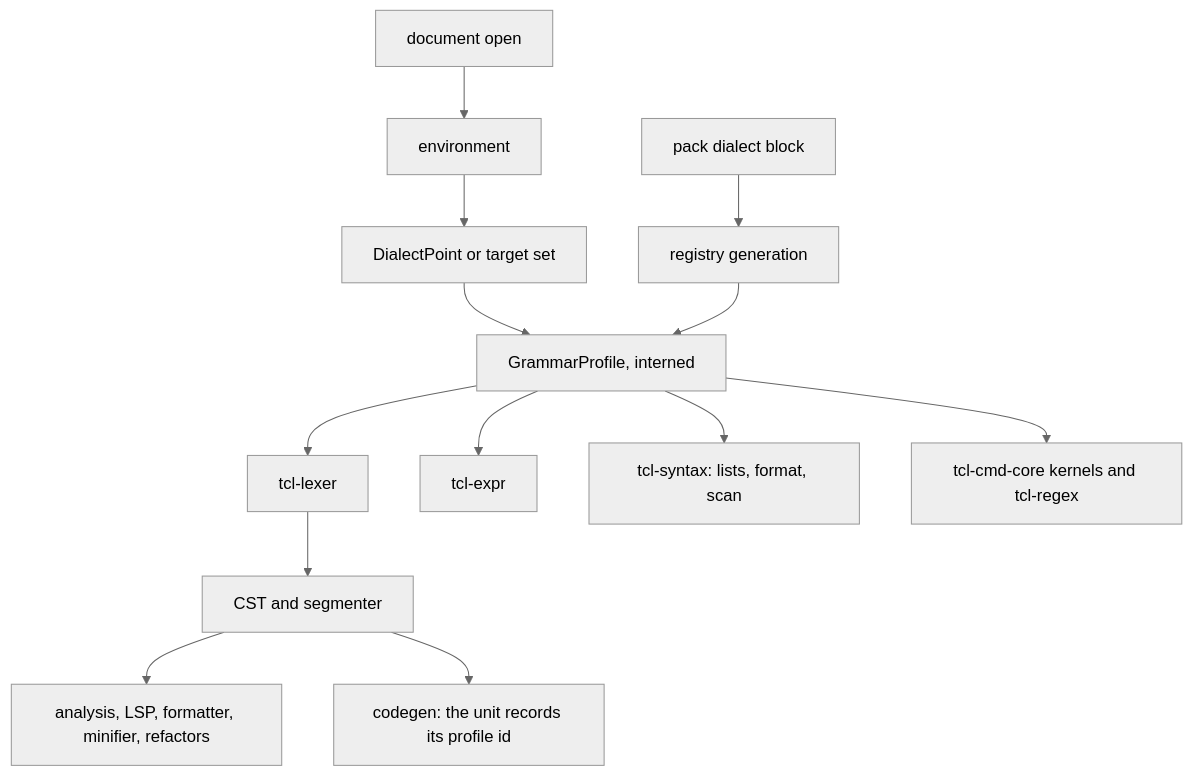
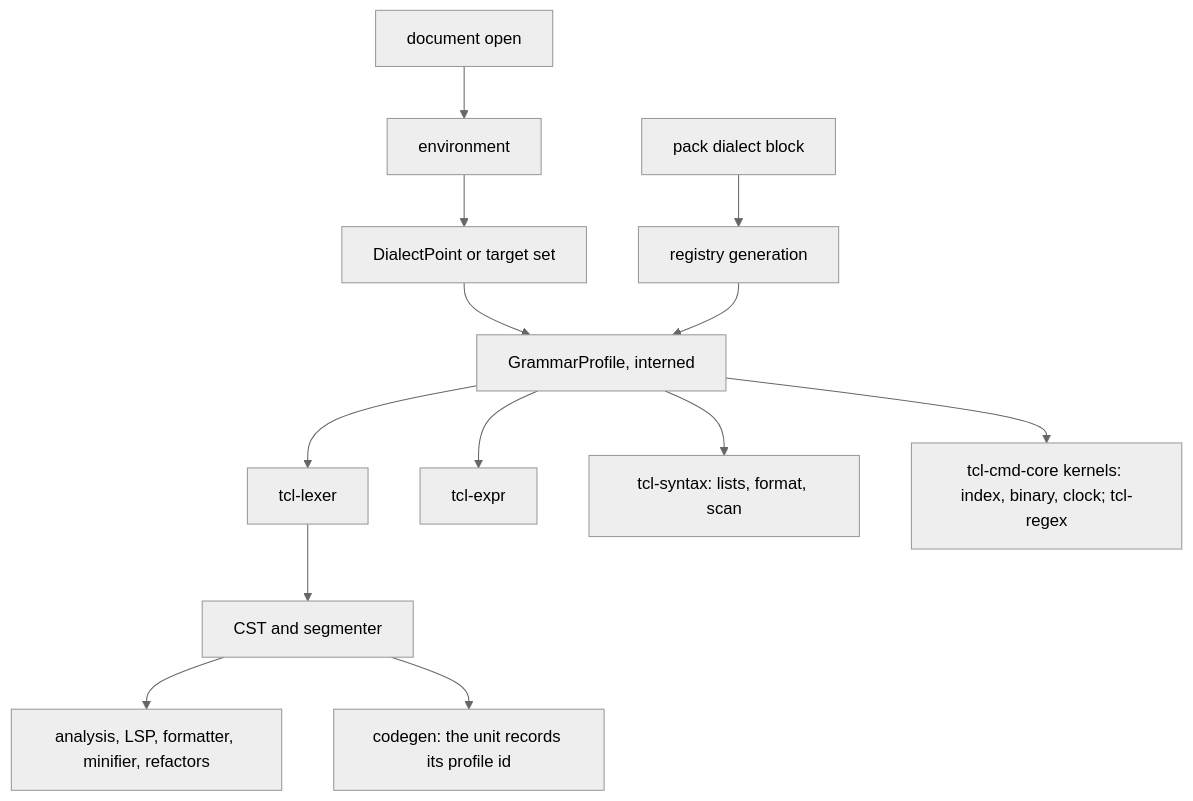
Before and after one commit to bitwisecook/tcl-lsp: the second of 2 diagrams in docs/design/registry/spectcl-3/04-dialects-and-grammars.md, drawn with Mermaid (neutral theme). The commit also changed other lines of this file and 10 other files, not shown here.

````diff
--- a/docs/design/registry/spectcl-3/04-dialects-and-grammars.md
+++ b/docs/design/registry/spectcl-3/04-dialects-and-grammars.md
@@ -155,15 +233,15 @@
 ```mermaid
 flowchart TB
   open["document open"] --> env["environment"]
   env --> point["DialectPoint or target set"]
   point --> profile["GrammarProfile, interned"]
   pack["pack dialect block"] --> reg["registry generation"]
   reg --> profile
   profile --> lexer["tcl-lexer"]
   profile --> exprP["tcl-expr"]
   profile --> words["tcl-syntax: lists, format, scan"]
-  profile --> kernels["tcl-cmd-core kernels and tcl-regex"]
+  profile --> kernels["tcl-cmd-core kernels: index, binary, clock; tcl-regex"]
   lexer --> cst["CST and segmenter"]
   cst --> tools["analysis, LSP, formatter, minifier, refactors"]
   cst --> codegen["codegen: the unit records its profile id"]
 ```
````
